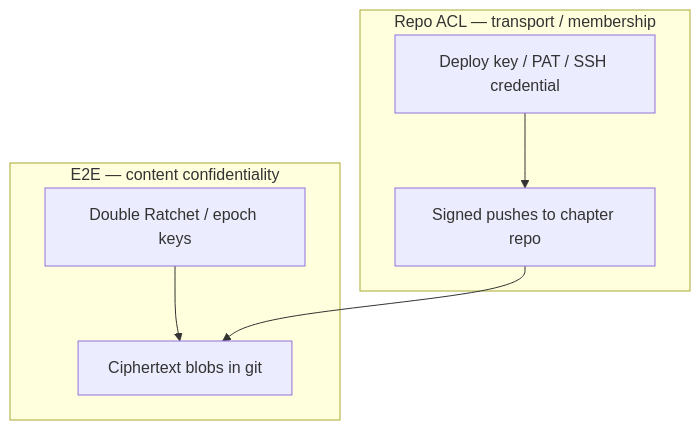
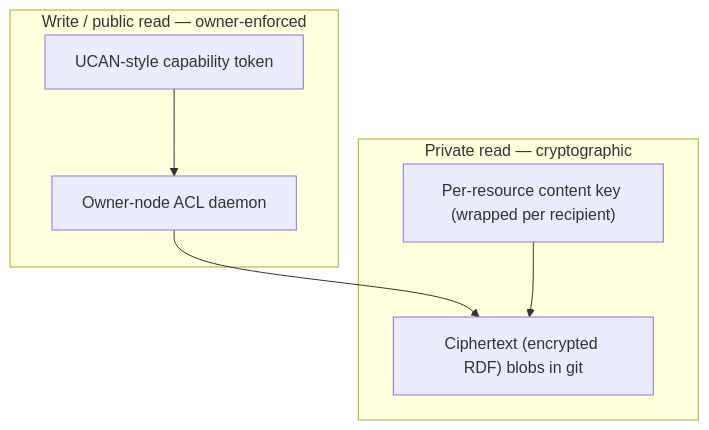
The second of 2 diagrams in chapters/07_identity.md (ltbhappyness/docs), drawn with Mermaid before and after one commit. The commit also changed other lines of this file and 9 other files, not shown here.

````diff
--- a/chapters/07_identity.md
+++ b/chapters/07_identity.md
@@ -45,16 +108,14 @@
 ```mermaid
 flowchart TB
-  subgraph acl [Repo ACL — transport / membership]
-    KEY[Deploy key / PAT / SSH credential]
-    REFS[Signed pushes to chapter repo]
+  subgraph cap ["Write / public read — owner-enforced"]
+    UCAN["UCAN-style capability token"]
+    DAEMON["Owner-node ACL daemon"]
   end
-
-  subgraph e2e [E2E — content confidentiality]
-    DR[Double Ratchet / epoch keys]
-    CT[Ciphertext blobs in git]
+  subgraph e2e ["Private read — cryptographic"]
+    CEK["Per-resource content key (wrapped per recipient)"]
+    CT["Ciphertext (encrypted RDF) blobs in git"]
   end
-
-  KEY --> REFS
-  DR --> CT
-  REFS --> CT
+  UCAN --> DAEMON
+  DAEMON --> CT
+  CEK --> CT
 ```
````
